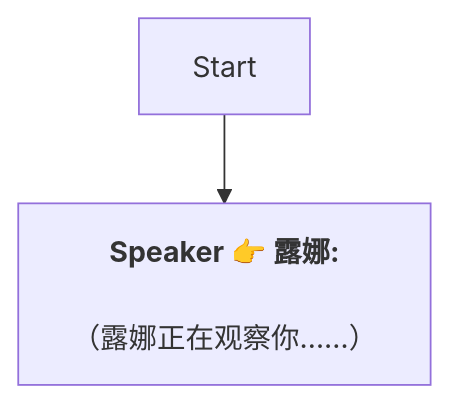
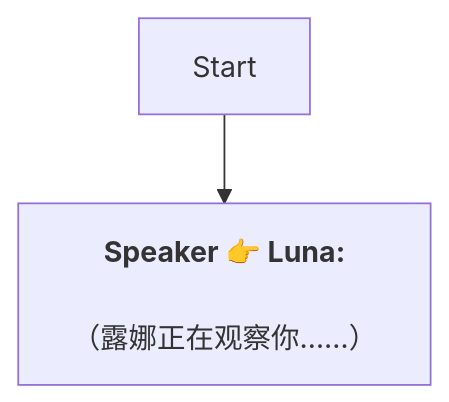
Before and after one commit to SoftHu/tos_avg: the diagram in Zh/Luna.md, drawn with Mermaid. The commit also changed 737 other files, not shown here.

````diff
--- a/Zh/Luna.md
+++ b/Zh/Luna.md
@@ -1,7 +1,6 @@
 ```mermaid
 graph
-Start -->1741632353542411[<b>Speaker 👉 露娜:</b>
+Start -->1741632353542411[<b>Speaker 👉 Luna:</b>
+\n（露娜正在观察你……）]
 
-（露娜正在观察你……）]
-
- ```
+```
````
